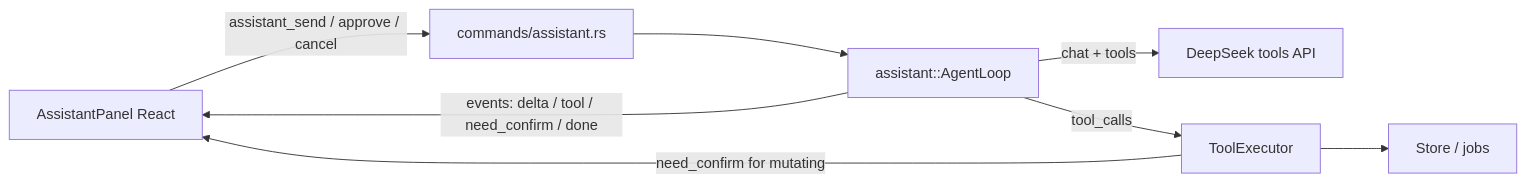
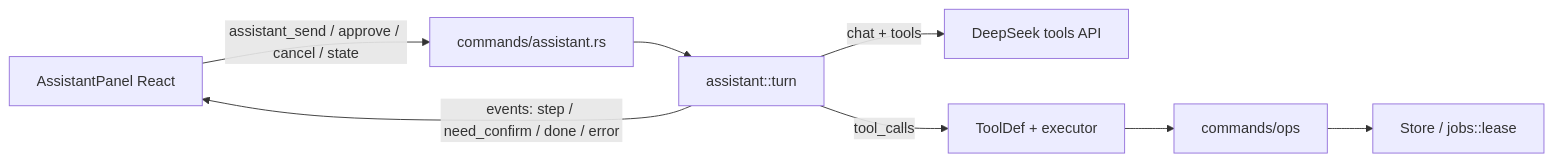
One commit to umount/book-converter changed the diagram in docs/ASSISTANT.md. Above: the diagram before and after it, drawn with Mermaid. The commit also changed other lines of this file and 2 other files, not shown here.

Commit message:
docs: record the assistant ops layer and closed holes

````diff
--- a/docs/ASSISTANT.md
+++ b/docs/ASSISTANT.md
@@ -19,16 +21,17 @@
 ```mermaid
 flowchart LR
   UI["AssistantPanel React"]
   Cmd["commands/assistant.rs"]
-  Agent["assistant::AgentLoop"]
+  Agent["assistant::turn"]
   DS["DeepSeek tools API"]
-  Tools["ToolExecutor"]
-  Store["Store / jobs"]
-  UI -->|"assistant_send / approve / cancel"| Cmd
+  Tools["ToolDef + executor"]
+  Ops["commands/ops"]
+  Store["Store / jobs::lease"]
+  UI -->|"assistant_send / approve / cancel / state"| Cmd
   Cmd --> Agent
   Agent -->|"chat + tools"| DS
   Agent -->|"tool_calls"| Tools
-  Tools --> Store
-  Agent -->|"events: delta / tool / need_confirm / done"| UI
-  Tools -->|"need_confirm for mutating"| UI
+  Tools --> Ops
+  Ops --> Store
+  Agent -->|"events: step / need_confirm / done / error"| UI
 ```
````
